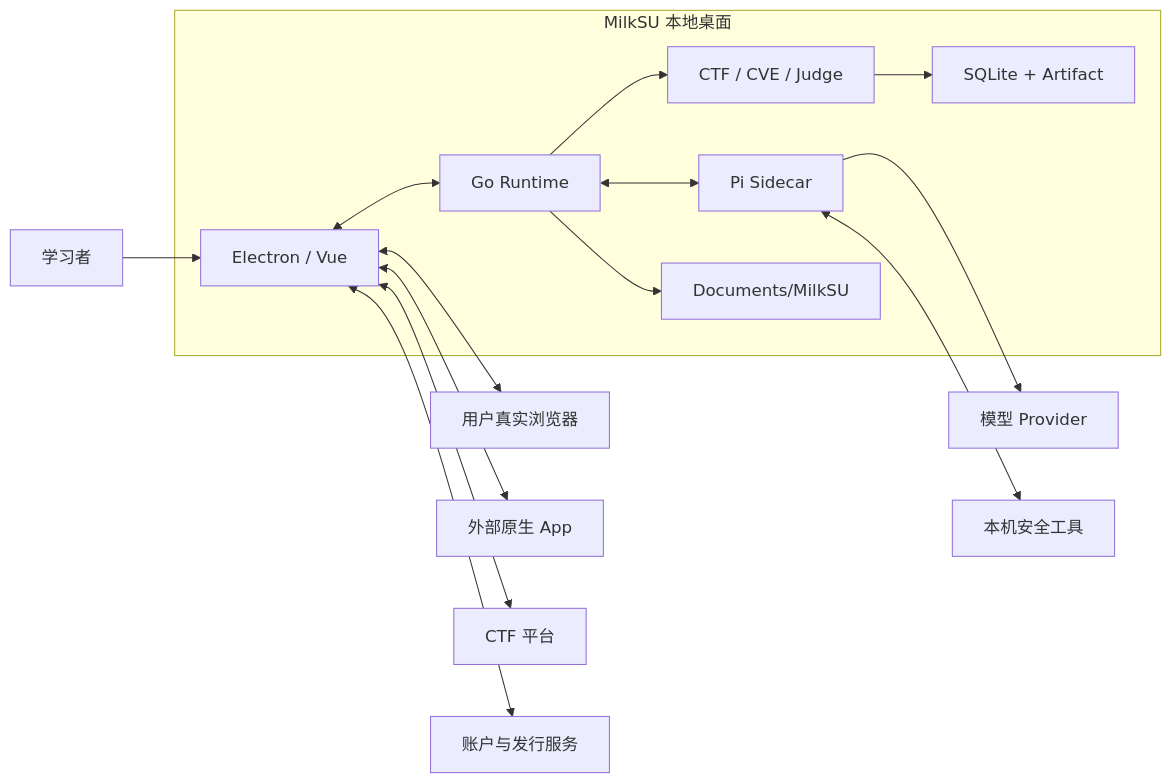
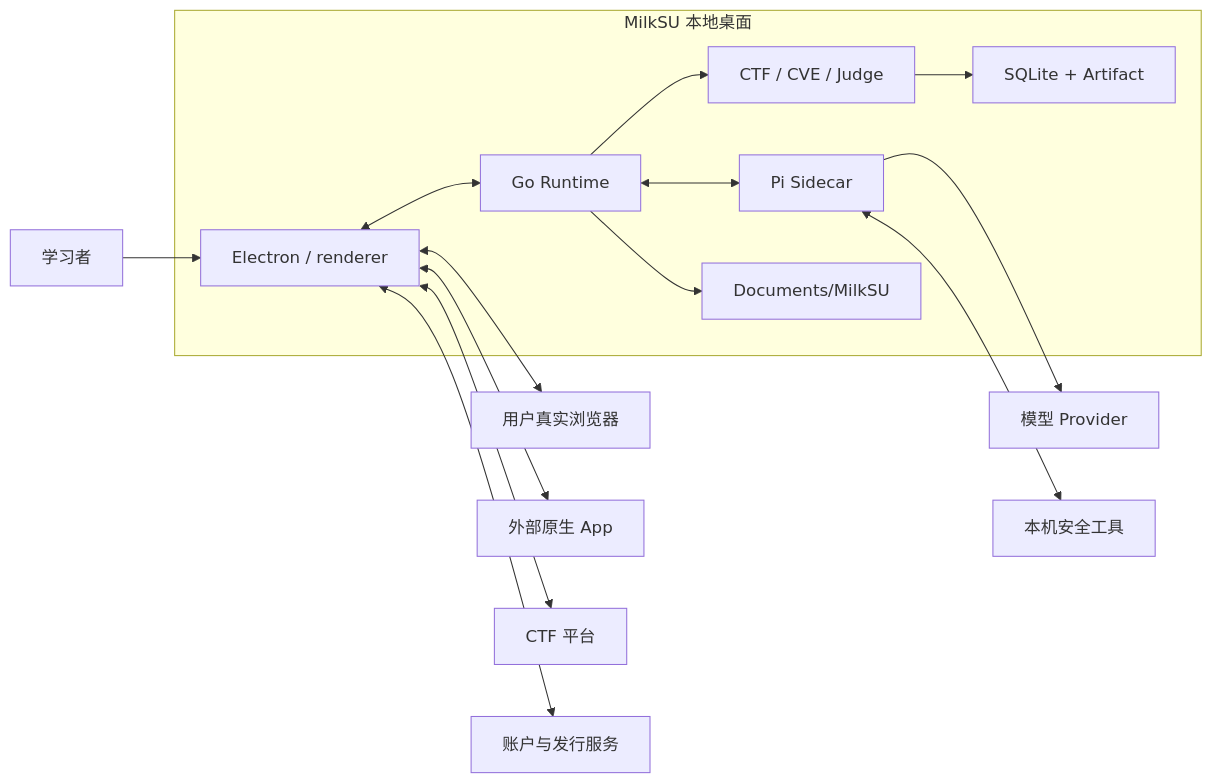
Before and after one commit to MetatronPrototype/milksu: the first of 2 diagrams in docs/architecture/current-system.md, drawn with Mermaid. The commit also changed other lines of this file and 276 other files, not shown here.

````diff
--- a/docs/architecture/current-system.md
+++ b/docs/architecture/current-system.md
@@ -10,31 +10,31 @@
 ```mermaid
 flowchart LR
     learner["学习者"]
     provider["模型 Provider"]
     local_tools["本机安全工具"]
     user_browser["用户真实浏览器"]
     native_apps["外部原生 App"]
     ctf_platforms["CTF 平台"]
     account_cloud["账户与发行服务"]
 
     subgraph milksu["MilkSU 本地桌面"]
-        chromium["Electron / Vue"]
+        chromium["Electron / renderer"]
         go["Go Runtime"]
         pi["Pi Sidecar"]
         security["CTF / CVE / Judge"]
         local["SQLite + Artifact"]
         deliverables["Documents/MilkSU"]
     end
 
     learner --> chromium
     chromium <--> go
     go <--> pi
     pi --> provider
     pi <--> local_tools
     go --> security --> local
     go --> deliverables
     chromium <--> user_browser
     chromium <--> native_apps
     chromium <--> ctf_platforms
     chromium <--> account_cloud
 ```
````
